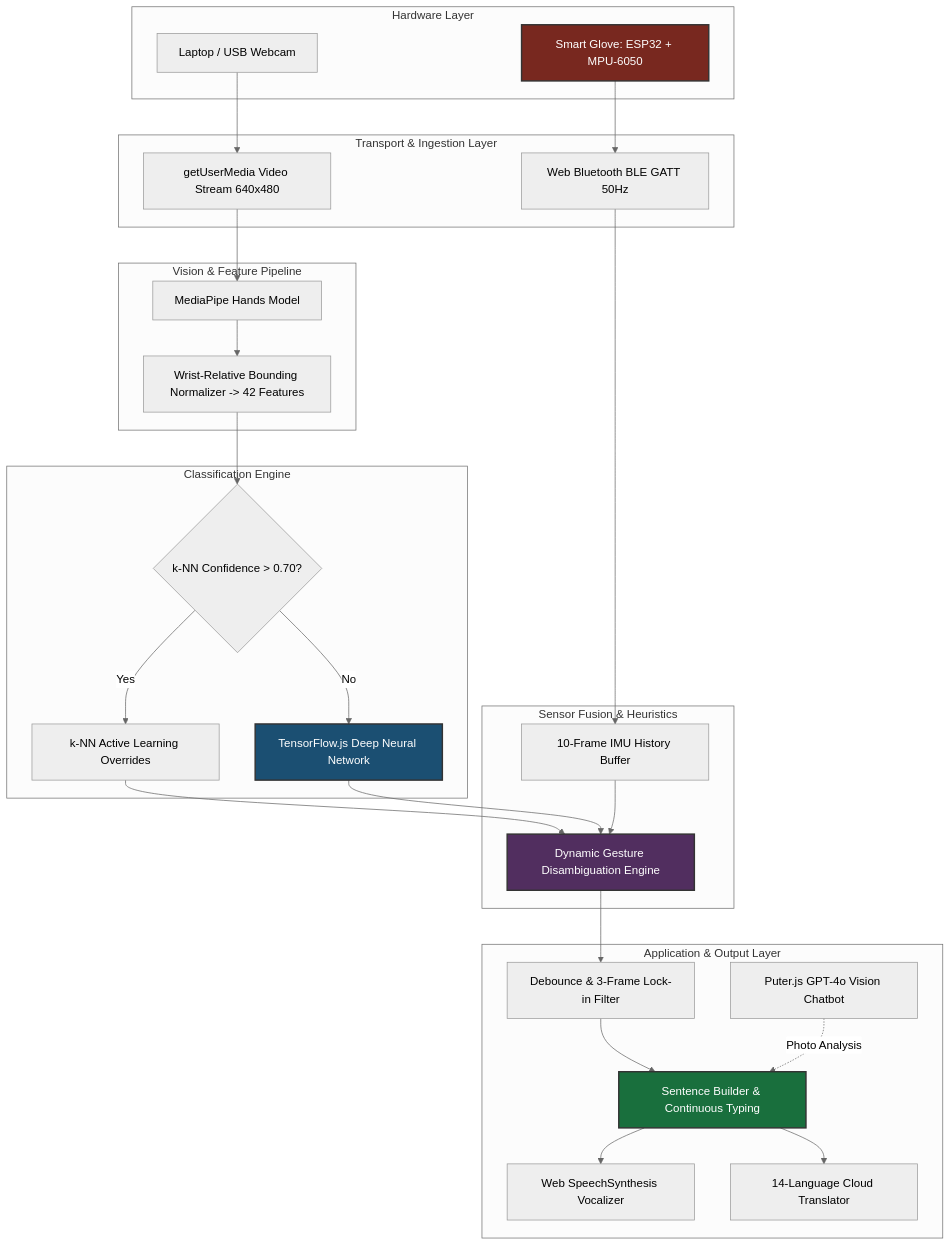
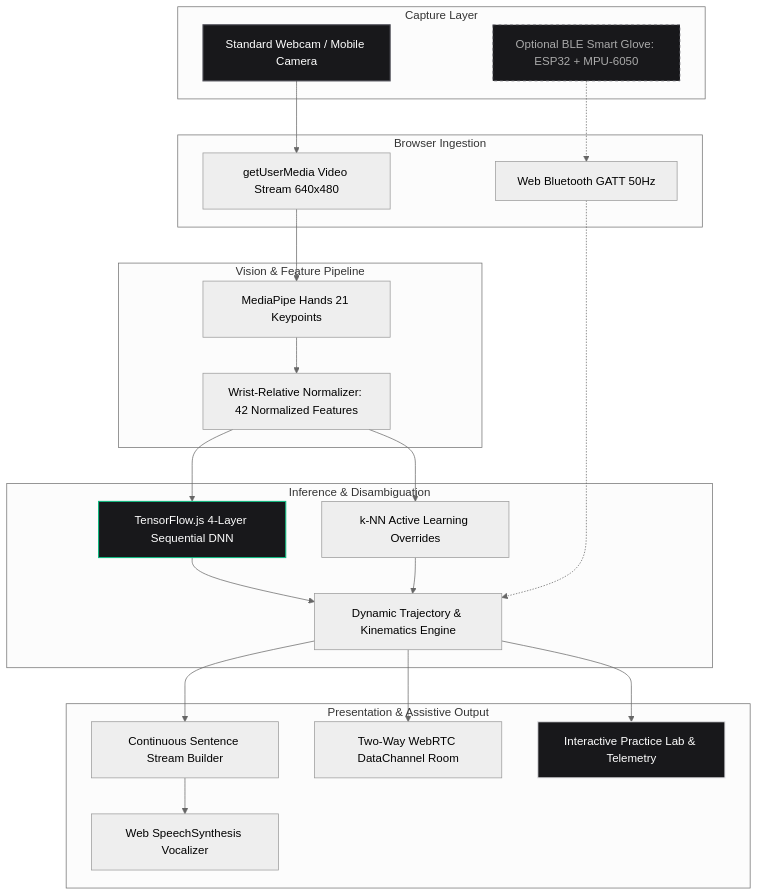
Before and after one commit to aryanagrawal12ka45-hub/Sign-Language-Interpreter: the diagram in README.md, drawn with Mermaid (neutral theme). The commit also changed other lines of this file and 31 other files, not shown here.

````diff
--- a/README.md
+++ b/README.md
@@ -83,52 +66,43 @@
 ```mermaid
 flowchart TB
-    subgraph Hardware Layer
-        CAM[Laptop / USB Webcam]
-        GLOVE[Smart Glove: ESP32 + MPU-6050]
+    subgraph Capture Layer
+        CAM[Standard Webcam / Mobile Camera]
+        GLOVE[Optional BLE Smart Glove: ESP32 + MPU-6050]
     end
 
-    subgraph Transport & Ingestion Layer
+    subgraph Browser Ingestion
         V_STREAM[getUserMedia Video Stream 640x480]
-        BLE_TRANS[Web Bluetooth BLE GATT 50Hz]
+        BLE_TRANS[Web Bluetooth GATT 50Hz]
     end
 
     subgraph Vision & Feature Pipeline
-        MP[MediaPipe Hands Model]
-        NORM[Wrist-Relative Bounding Normalizer -> 42 Features]
+        MP[MediaPipe Hands 21 Keypoints]
+        NORM[Wrist-Relative Normalizer: 42 Normalized Features]
     end
 
-    subgraph Classification Engine
-        DNN[TensorFlow.js Deep Neural Network]
+    subgraph Inference & Disambiguation
+        DNN[TensorFlow.js 4-Layer Sequential DNN]
         KNN[k-NN Active Learning Overrides]
-        ARB{k-NN Confidence > 0.70?}
+        FUSION[Dynamic Trajectory & Kinematics Engine]
     end
 
-    subgraph Sensor Fusion & Heuristics
-        BUF[10-Frame IMU History Buffer]
-        FUSION[Dynamic Gesture Disambiguation Engine]
+    subgraph Presentation & Assistive Output
+        BUILDER[Continuous Sentence Stream Builder]
+        TTS[Web SpeechSynthesis Vocalizer]
+        WEBRTC[Two-Way WebRTC DataChannel Room]
+        ACADEMY[Interactive Practice Lab & Telemetry]
     end
 
-    subgraph Application & Output Layer
-        LOCK[Debounce & 3-Frame Lock-in Filter]
-        BUILDER[Sentence Builder & Continuous Typing]
-        TTS[Web SpeechSynthesis Vocalizer]
-        TRANS[14-Language Cloud Translator]
-        CHAT[Puter.js GPT-4o Vision Chatbot]
-    end
+    CAM --> V_STREAM --> MP --> NORM --> DNN --> FUSION
+    NORM --> KNN --> FUSION
+    GLOVE -.-> BLE_TRANS -.-> FUSION
 
-    CAM --> V_STREAM --> MP --> NORM --> ARB
-    ARB -->|Yes| KNN --> FUSION
-    ARB -->|No| DNN --> FUSION
+    FUSION --> BUILDER --> TTS
+    FUSION --> WEBRTC
+    FUSION --> ACADEMY
 
-    GLOVE --> BLE_TRANS --> BUF --> FUSION
-
-    FUSION --> LOCK --> BUILDER
-    BUILDER --> TTS
-    BUILDER --> TRANS
-    CHAT -.->|Photo Analysis| BUILDER
-
-    style GLOVE fill:#78281F,stroke:#333,stroke-width:2px,color:#fff
-    style DNN fill:#1B4F72,stroke:#333,stroke-width:2px,color:#fff
-    style FUSION fill:#512E5F,stroke:#333,stroke-width:2px,color:#fff
-    style BUILDER fill:#196F3D,stroke:#333,stroke-width:2px,color:#fff
+    style CAM fill:#18181b,stroke:#52525b,stroke-width:1.5px,color:#fff
+    style DNN fill:#18181b,stroke:#10b981,stroke-width:1.5px,color:#fff
+    style ACADEMY fill:#18181b,stroke:#e4e4e7,stroke-width:1.5px,color:#fff
+    style GLOVE fill:#18181b,stroke:#71717a,stroke-width:1px,stroke-dasharray: 4 4,color:#aaa
 ```
````
